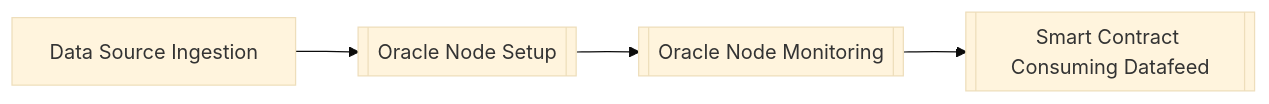
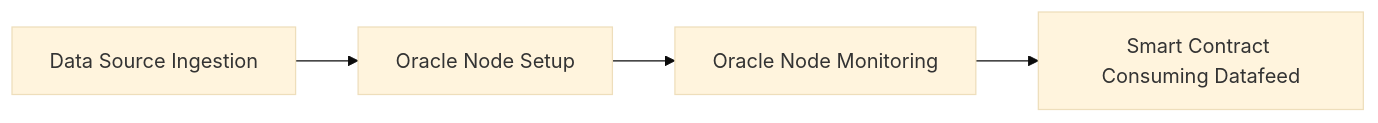
Before and after one commit to st-mn/chainlink-sample-datafeed-process-e2e: the diagram in README.md, drawn with Mermaid (base theme).

````diff
--- a/README.md
+++ b/README.md
@@ -5,6 +5,6 @@
 ```mermaid 
 graph LR;
-  1[Data Source Ingestion] --> 2[[Oracle Node Setup]];
-  2 --> 3[[Oracle Node Monitoring]];
-  3 --> 4[[Smart Contract Consuming Datafeed]];
+  1[Data Source Ingestion] --> 2[Oracle Node Setup];
+  2 --> 3[Oracle Node Monitoring];
+  3 --> 4[Smart Contract Consuming Datafeed];
 ```
````
